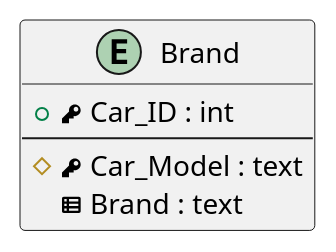
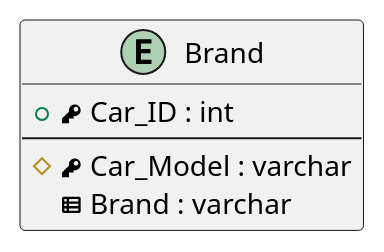
The diagram in Labs/Lab1/Tables/Entities/Brand.puml (DmitryVasilkovW/ITMO-Database-design-labs-4-sem), drawn with PlantUML before and after one commit. The commit also changed 7 other files, not shown here.

```diff
--- a/Labs/Lab1/Tables/Entities/Brand.puml
+++ b/Labs/Lab1/Tables/Entities/Brand.puml
@@ -1,9 +1,9 @@
 @startuml
 entity "Brand" as brand
 {
   + <&key> Car_ID : int
   --
-  # <&key> Car_Model : text
-  <&spreadsheet> Brand : text
+  # <&key> Car_Model : varchar
+  <&spreadsheet> Brand : varchar
 }
 @enduml
```
